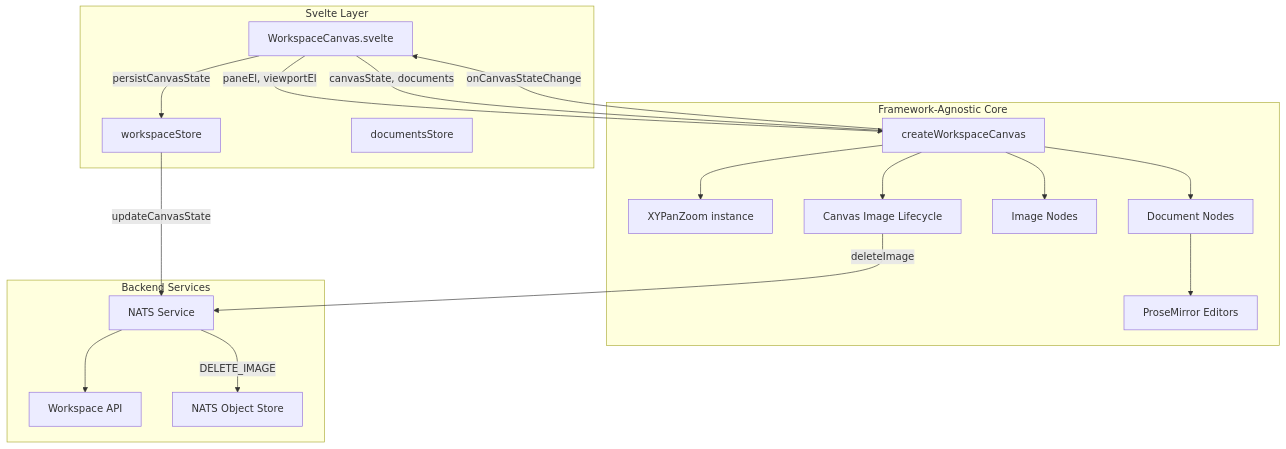
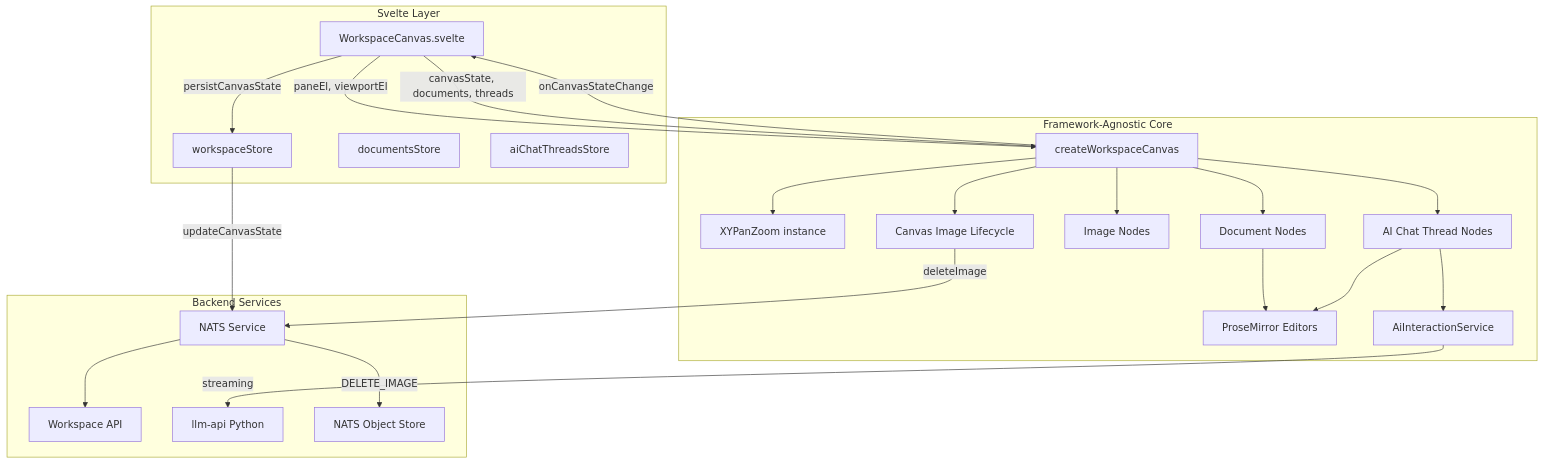
One commit to Lixpi/lixpi changed the first of 2 diagrams in services/web-ui/src/infographics/workspace/README.md. Above: the diagram before and after it, drawn with Mermaid. The commit also changed other lines of this file and 33 other files, not shown here.

Commit message:
LIX-46 # split document into separate entities - regular document and ai chat thread

````diff
--- a/services/web-ui/src/infographics/workspace/README.md
+++ b/services/web-ui/src/infographics/workspace/README.md
@@ -33,38 +44,46 @@
 ```mermaid
 flowchart TB
     subgraph Svelte["Svelte Layer"]
         WC[WorkspaceCanvas.svelte]
         WS[workspaceStore]
         DS[documentsStore]
+        TS[aiChatThreadsStore]
     end
 
     subgraph Core["Framework-Agnostic Core"]
         CC[createWorkspaceCanvas]
         PZ[XYPanZoom instance]
         DN[Document Nodes]
         IN[Image Nodes]
+        TN[AI Chat Thread Nodes]
         PM[ProseMirror Editors]
+        AIS[AiInteractionService]
         IL[Canvas Image Lifecycle]
     end
 
     subgraph Backend["Backend Services"]
         NS[NATS Service]
         API[Workspace API]
+        LLMAPI[llm-api Python]
         OBJ[NATS Object Store]
     end
 
     WC -->|"paneEl, viewportEl"| CC
-    WC -->|"canvasState, documents"| CC
+    WC -->|"canvasState, documents, threads"| CC
     CC -->|"onCanvasStateChange"| WC
     WC -->|"persistCanvasState"| WS
     WS -->|"updateCanvasState"| NS
     NS --> API
 
     CC --> PZ
     CC --> DN
     CC --> IN
+    CC --> TN
     DN --> PM
+    TN --> PM
+    TN --> AIS
+    AIS -->|"streaming"| LLMAPI
     CC --> IL
     IL -->|"deleteImage"| NS
     NS -->|"DELETE_IMAGE"| OBJ
 ```
````
